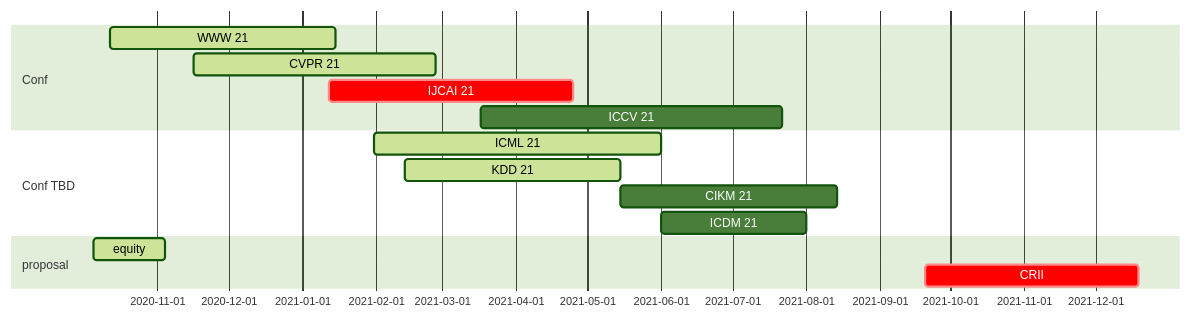
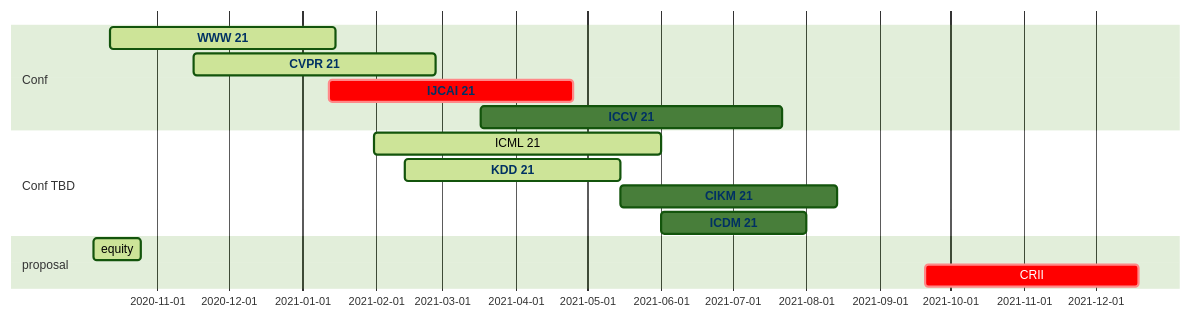
The diagram in content/post/conf/index.md (aquastar/academic-kickstart), drawn with Mermaid (forest theme) before and after one commit.

````diff
--- a/content/post/conf/index.md
+++ b/content/post/conf/index.md
@@ -16,18 +16,28 @@
 ```mermaid
 gantt
   dateFormat  MM/DD/YY
   section Conf
     WWW 21 :active, www, 10/12/20, 01/15/21
     CVPR 21 :active, cvpr, 11/16/20, 02/26/21
     IJCAI 21 :crit, ijcai, 01/12/21, 04/25/21
     ICCV 21 :iccv, 03/17/21, 07/22/21
   section Conf TBD
     ICML 21:active, icml, 01/31/21, 06/01/21
     KDD 21:active, kdd, 02/13/21, 05/15/21
     CIKM 21:cikm, 05/15/21, 08/14/21
     ICDM 21:icdm, 06/01/21, 08/01/21
   section proposal
-    equity: active, msu, 10/05/20, 30d
+    equity: active, msu, 10/05/20, 20d
     CRII: crit, crii, 09/20/21, 90d 
 
+  click cvpr href "http://cvpr2021.thecvf.com/"
+  click iccv href "http://iccv2021.thecvf.com/"
+  click icmk href "https://mermaidjs.github.io/"
+  click ijcai href "http://www.ijcai21.org/"
+  click kdd href "http://www.kdd.org/kdd2021"
+  click www href "https://www2021.thewebconf.org/"
+  click cikm href "https://www.cikm2021.org/"
+  click icdm href "http://icdm2021.bigke.org"
+
+
 ```
````
